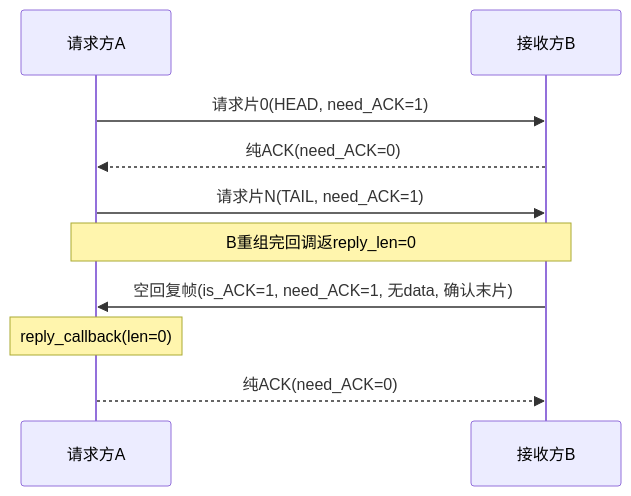
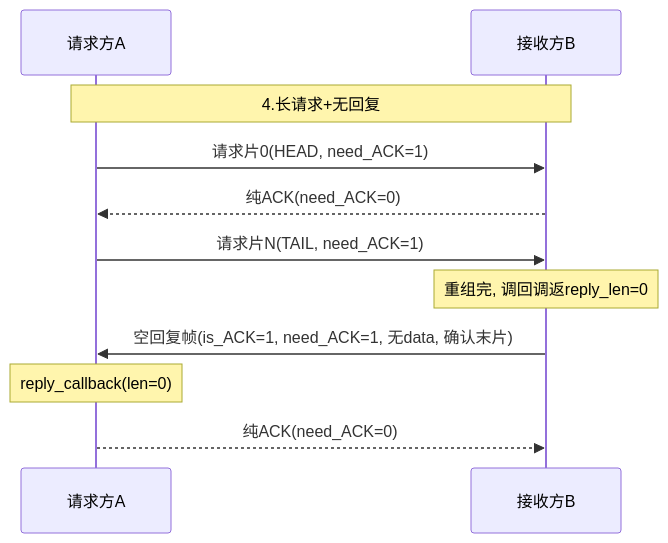
One commit to Siaiai/ObsidianNote changed the fourth of 13 diagrams in 工作/项目/代码/260401S3分拣面板-SIA-R9000P.md. Above: the diagram before and after it, drawn with Mermaid. The commit also changed other lines of this file and 1 other file, not shown here.

````diff
--- a/工作/项目/代码/260401S3分拣面板-SIA-R9000P.md
+++ b/工作/项目/代码/260401S3分拣面板-SIA-R9000P.md
@@ -145,12 +148,13 @@
 ```mermaid
 sequenceDiagram
     participant A as 请求方A
     participant B as 接收方B
+    Note over A,B: 4.长请求+无回复
     A->>B: 请求片0(HEAD, need_ACK=1)
     B-->>A: 纯ACK(need_ACK=0)
     A->>B: 请求片N(TAIL, need_ACK=1)
-    Note over A,B: B重组完回调返reply_len=0
+    Note over B: 重组完, 调回调返reply_len=0
     B->>A: 空回复帧(is_ACK=1, need_ACK=1, 无data, 确认末片)
     Note over A: reply_callback(len=0)
     A-->>B: 纯ACK(need_ACK=0)
 ```
````
